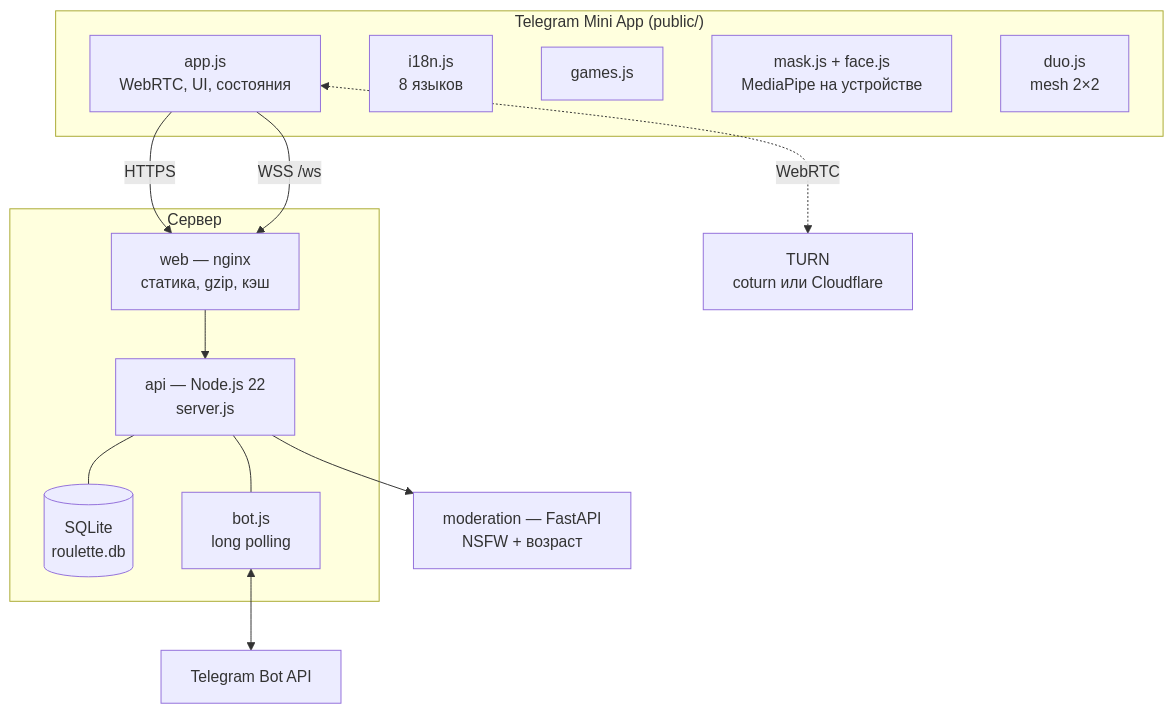
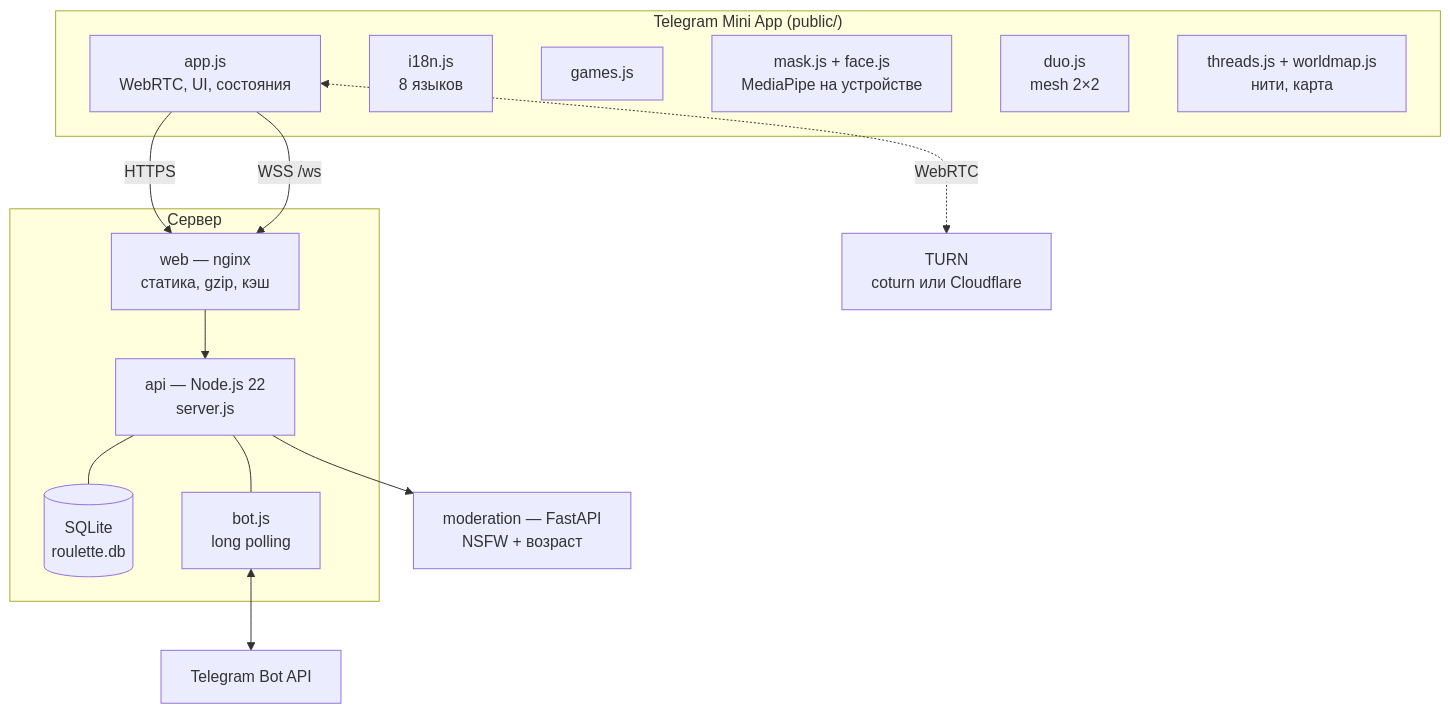
Before and after one commit to skeep83/aura: the first of 2 diagrams in docs/architecture.md, drawn with Mermaid. The commit also changed other lines of this file and 19 other files, not shown here.

````diff
--- a/docs/architecture.md
+++ b/docs/architecture.md
@@ -5,27 +5,28 @@
 ```mermaid
 flowchart TB
   subgraph Client["Telegram Mini App (public/)"]
     APP[app.js<br/>WebRTC, UI, состояния]
     I18N[i18n.js<br/>8 языков]
     GAMES[games.js]
     MASK[mask.js + face.js<br/>MediaPipe на устройстве]
     DUO[duo.js<br/>mesh 2×2]
+    THR[threads.js + worldmap.js<br/>нити, карта]
   end
   subgraph Server["Сервер"]
     WEB[web — nginx<br/>статика, gzip, кэш]
     API[api — Node.js 22<br/>server.js]
     DB[(SQLite<br/>roulette.db)]
     BOT[bot.js<br/>long polling]
   end
   MOD[moderation — FastAPI<br/>NSFW + возраст]
   TURN[TURN<br/>coturn или Cloudflare]
   TG[Telegram Bot API]
 
   APP -- HTTPS --> WEB
   APP -- WSS /ws --> WEB --> API
   API --- DB
   API --> MOD
   BOT <--> TG
   API --- BOT
   APP <-. WebRTC .-> TURN
 ```
````
